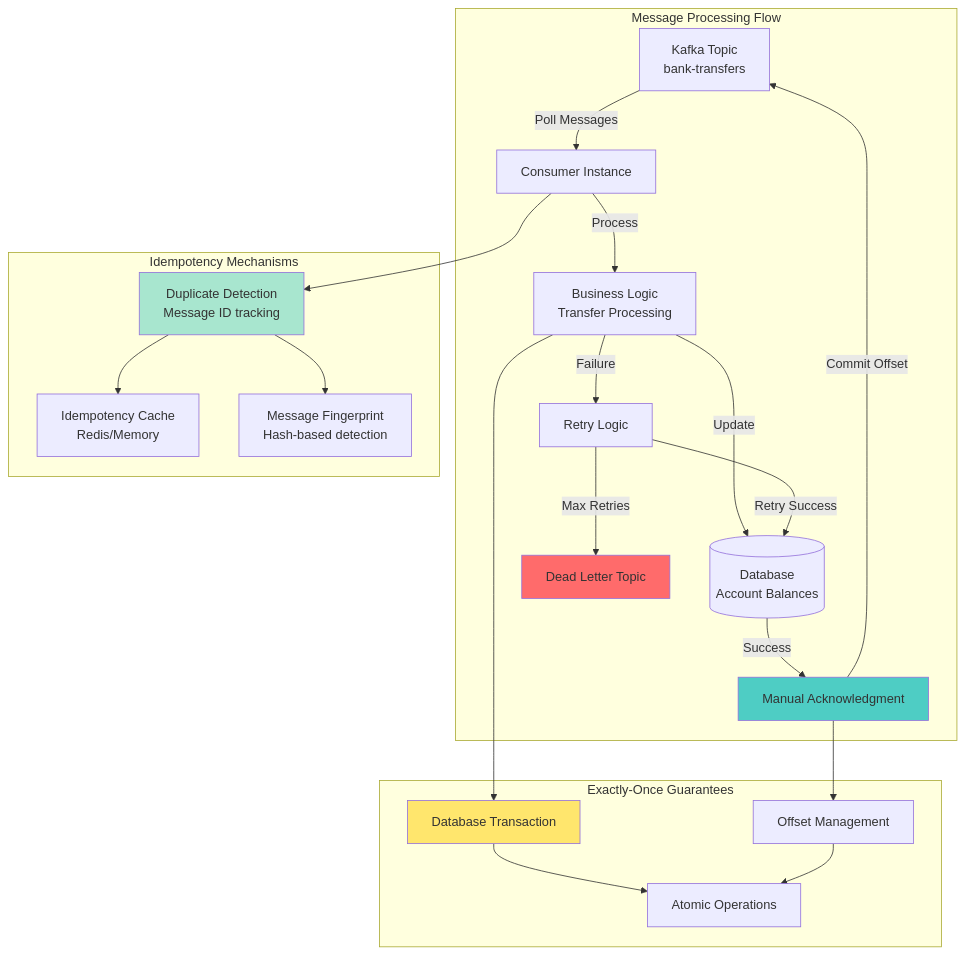
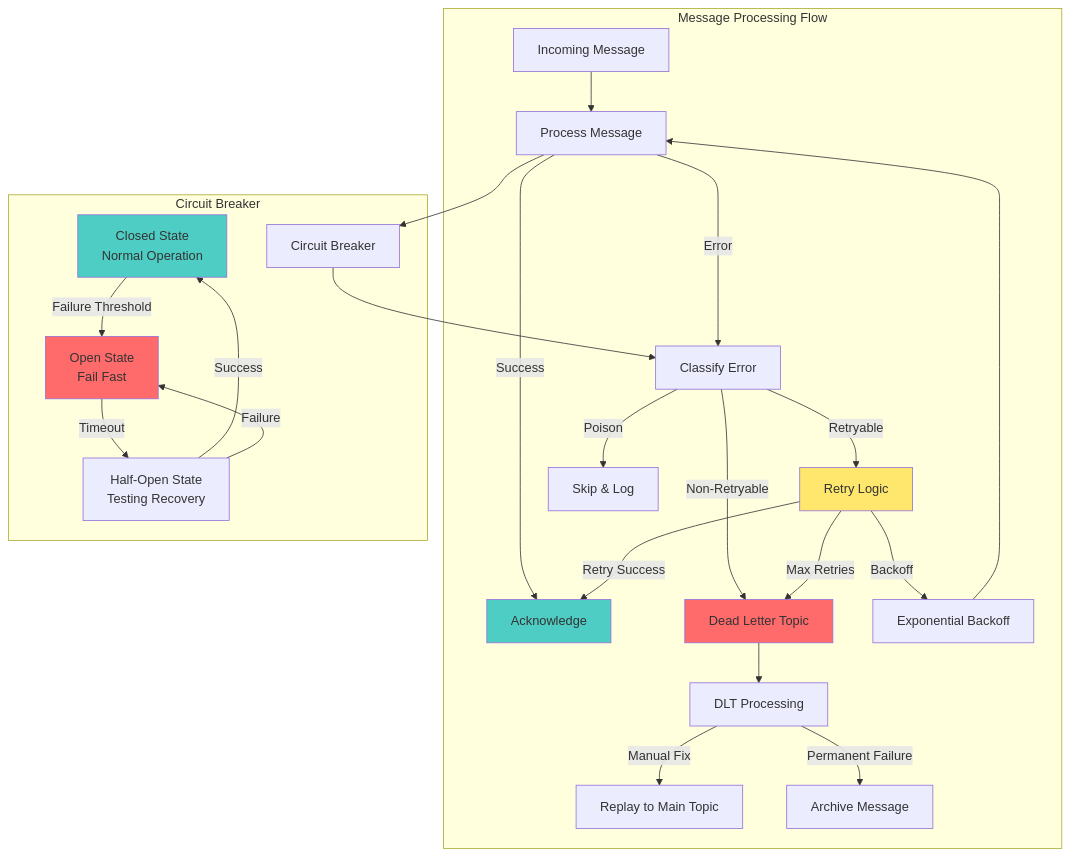
The first of 9 diagrams in class/workshop/lesson_9/README.md (vorrawut/KafkaStarter), drawn with Mermaid before and after one commit. The commit also changed other lines of this file and 204 other files, not shown here.

````diff
--- a/class/workshop/lesson_9/README.md
+++ b/class/workshop/lesson_9/README.md
@@ -24,46 +24,42 @@
 ```mermaid
 graph TB
     subgraph "Message Processing Flow"
-        KAFKA[Kafka Topic<br/>bank-transfers]
-        CONSUMER[Consumer Instance]
-        PROCESSOR[Business Logic<br/>Transfer Processing]
-        DB[(Database<br/>Account Balances)]
-        ACK[Manual Acknowledgment]
+        MSG[Incoming Message] --> PROC[Process Message]
+        PROC -->|Success| ACK[Acknowledge]
+        PROC -->|Error| CLASSIFY[Classify Error]
         
-        KAFKA -->|Poll Messages| CONSUMER
-        CONSUMER -->|Process| PROCESSOR
-        PROCESSOR -->|Update| DB
-        DB -->|Success| ACK
-        ACK -->|Commit Offset| KAFKA
+        CLASSIFY -->|Retryable| RETRY[Retry Logic]
+        CLASSIFY -->|Non-Retryable| DLT[Dead Letter Topic]
+        CLASSIFY -->|Poison| SKIP[Skip & Log]
         
-        PROCESSOR -->|Failure| RETRY[Retry Logic]
-        RETRY -->|Max Retries| DLT[Dead Letter Topic]
-        RETRY -->|Retry Success| DB
+        RETRY -->|Max Retries| DLT
+        RETRY -->|Retry Success| ACK
+        RETRY -->|Backoff| WAIT[Exponential Backoff]
+        WAIT --> PROC
+        
+        DLT --> DLTP[DLT Processing]
+        DLTP -->|Manual Fix| REPLAY[Replay to Main Topic]
+        DLTP -->|Permanent Failure| ARCHIVE[Archive Message]
     end
     
-    subgraph "Idempotency Mechanisms"
-        DEDUP[Duplicate Detection<br/>Message ID tracking]
-        CACHE[Idempotency Cache<br/>Redis/Memory]
-        FINGERPRINT[Message Fingerprint<br/>Hash-based detection]
+    subgraph "Circuit Breaker"
+        CB[Circuit Breaker]
+        CLOSED[Closed State<br/>Normal Operation]
+        OPEN[Open State<br/>Fail Fast]
+        HALF[Half-Open State<br/>Testing Recovery]
         
-        CONSUMER --> DEDUP
-        DEDUP --> CACHE
-        DEDUP --> FINGERPRINT
+        CLOSED -->|Failure Threshold| OPEN
+        OPEN -->|Timeout| HALF
+        HALF -->|Success| CLOSED
+        HALF -->|Failure| OPEN
     end
     
-    subgraph "Exactly-Once Guarantees"
-        TXN[Database Transaction]
-        OFFSET[Offset Management]
-        ATOMIC[Atomic Operations]
-        
-        PROCESSOR --> TXN
-        ACK --> OFFSET
-        TXN --> ATOMIC
-        OFFSET --> ATOMIC
-    end
+    PROC --> CB
+    CB --> CLASSIFY
     
     style ACK fill:#4ecdc4
-    style DEDUP fill:#a8e6cf
-    style TXN fill:#ffe66d
     style DLT fill:#ff6b6b
+    style RETRY fill:#ffe66d
+    style OPEN fill:#ff6b6b
+    style CLOSED fill:#4ecdc4
 ```
````
